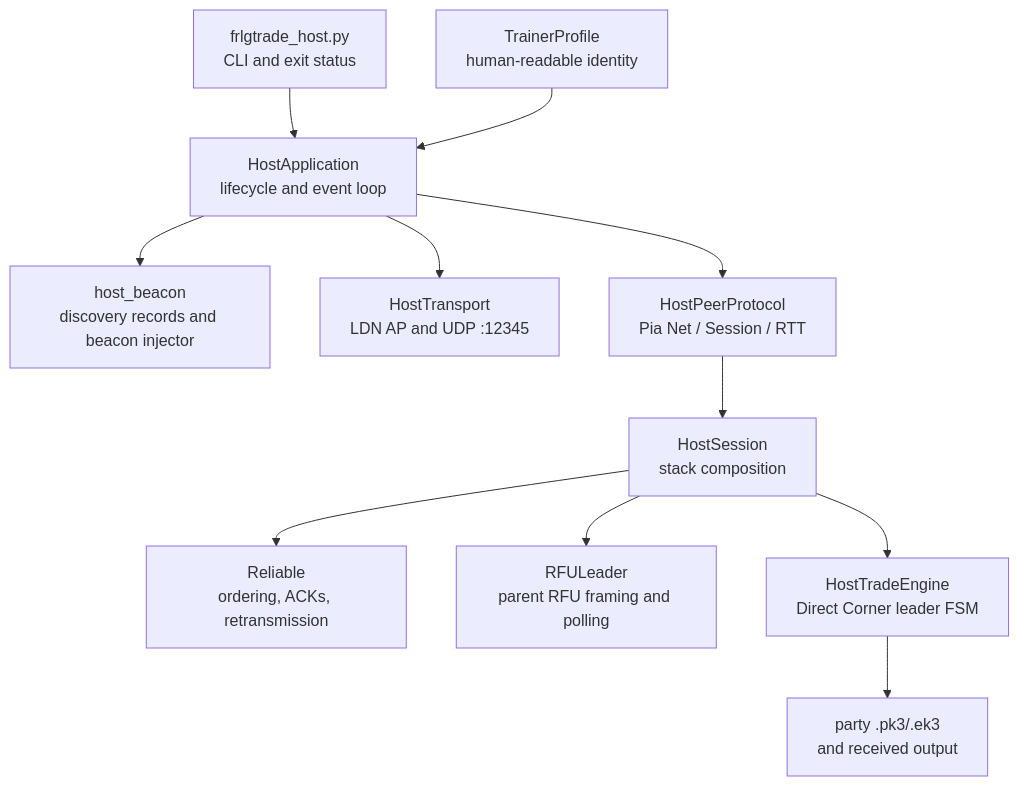
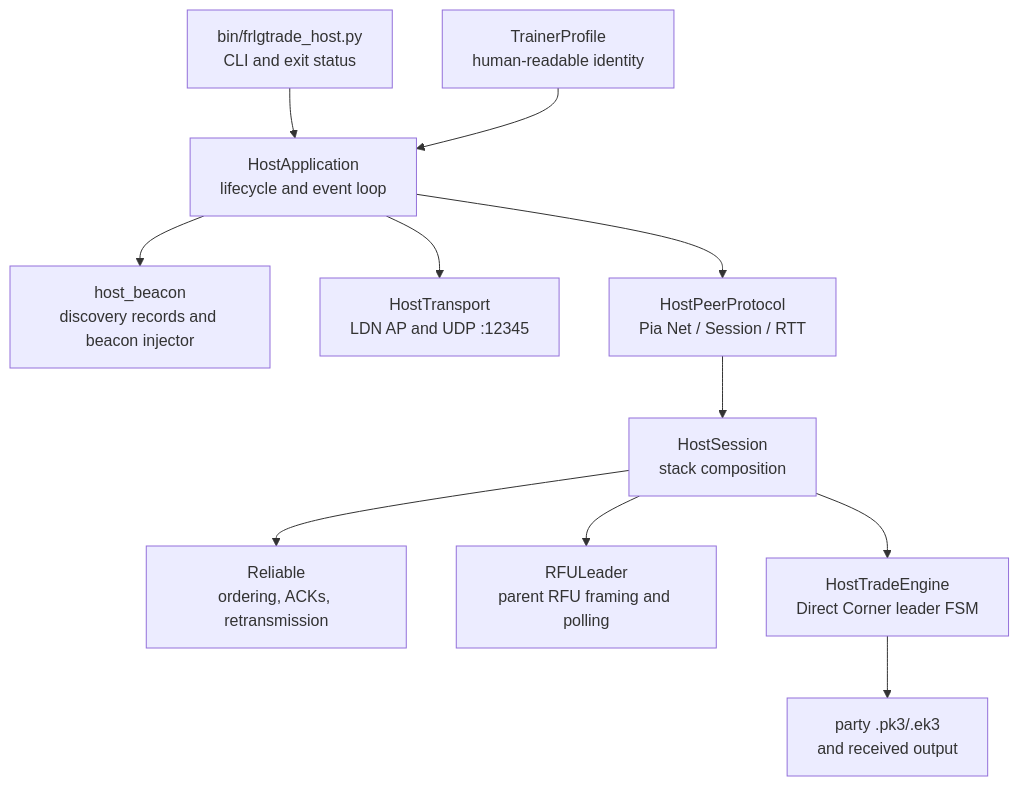
Before and after one commit to Decryptu/frlg-ldn-trade: the first of 6 diagrams in docs/frlgtrade_host_design.md, drawn with Mermaid. The commit also changed other lines of this file and 23 other files, not shown here.

````diff
--- a/docs/frlgtrade_host_design.md
+++ b/docs/frlgtrade_host_design.md
@@ -18,13 +18,13 @@
 ```mermaid
 flowchart TD
-    CLI[frlgtrade_host.py<br/>CLI and exit status] --> APP[HostApplication<br/>lifecycle and event loop]
+    CLI[bin/frlgtrade_host.py<br/>CLI and exit status] --> APP[HostApplication<br/>lifecycle and event loop]
     PROFILE[TrainerProfile<br/>human-readable identity] --> APP
     APP --> BEACON[host_beacon<br/>discovery records and beacon injector]
     APP --> LDN[HostTransport<br/>LDN AP and UDP :12345]
     APP --> PEER[HostPeerProtocol<br/>Pia Net / Session / RTT]
     PEER --> SESSION[HostSession<br/>stack composition]
     SESSION --> REL[Reliable<br/>ordering, ACKs, retransmission]
     SESSION --> RFU[RFULeader<br/>parent RFU framing and polling]
     SESSION --> TRADE[HostTradeEngine<br/>Direct Corner leader FSM]
     TRADE --> PK3[party .pk3/.ek3<br/>and received output]
 ```
````
